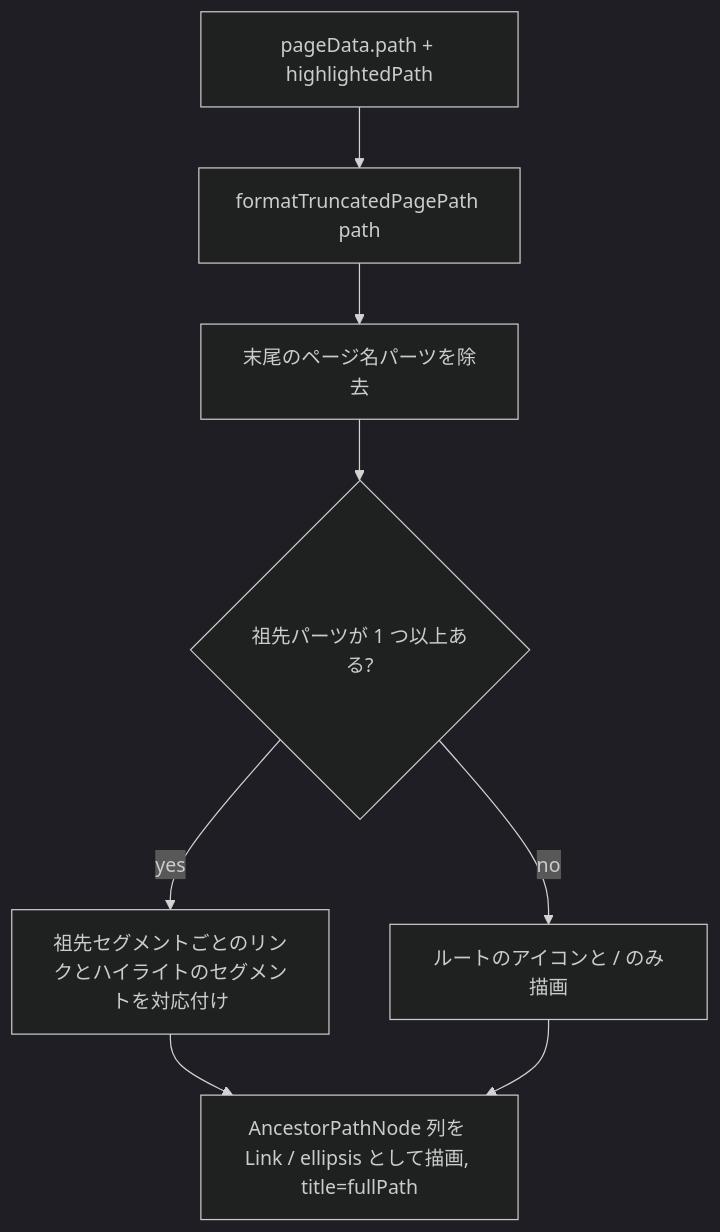
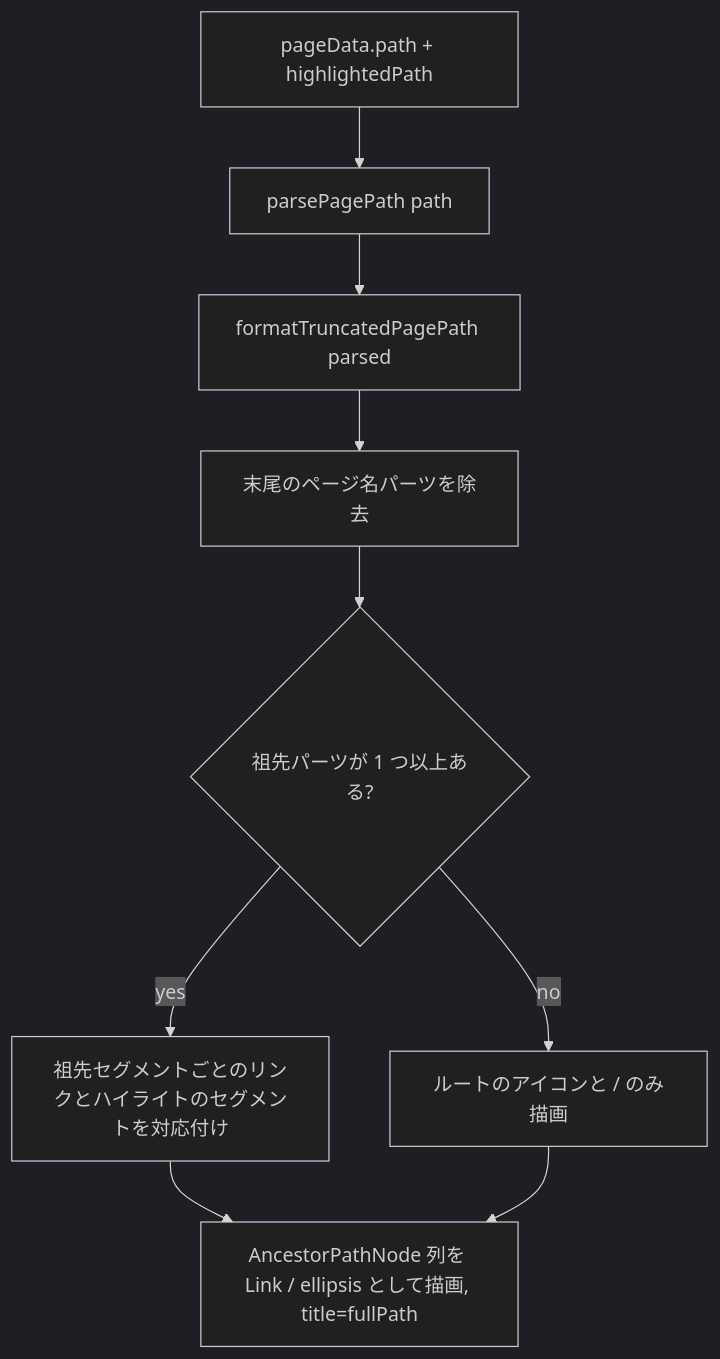
The second of 3 diagrams in .kiro/specs/page-path-truncation/design.md (growilabs/growi), drawn with Mermaid (dark theme) before and after one commit. The commit also changed other lines of this file and 1 other file, not shown here.

Commit message:
docs(page-path-truncation): reflect the second round of PR review fixes

````diff
--- a/.kiro/specs/page-path-truncation/design.md
+++ b/.kiro/specs/page-path-truncation/design.md
@@ -196,10 +201,10 @@
 ```mermaid
 flowchart TD
-    Start[pageData.path + highlightedPath] --> Format[formatTruncatedPagePath path]
+    Start[pageData.path + highlightedPath] --> Parse[parsePagePath path] --> Format[formatTruncatedPagePath parsed]
     Format --> DropName[末尾のページ名パーツを除去]
     DropName --> HasAncestors{祖先パーツが 1 つ以上ある?}
     HasAncestors -->|no| HomeOnly[ルートのアイコンと / のみ描画]
     HasAncestors -->|yes| BuildChains[祖先セグメントごとのリンクとハイライトのセグメントを対応付け]
     BuildChains --> Render[AncestorPathNode 列を Link / ellipsis として描画, title=fullPath]
     HomeOnly --> Render
 ```
````
